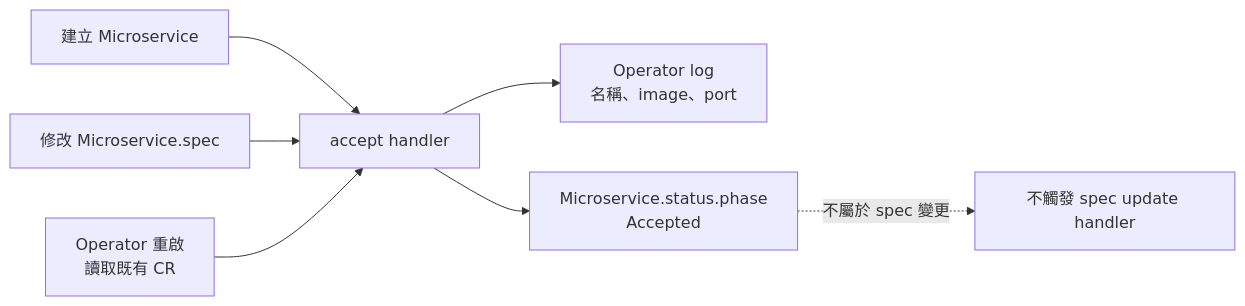
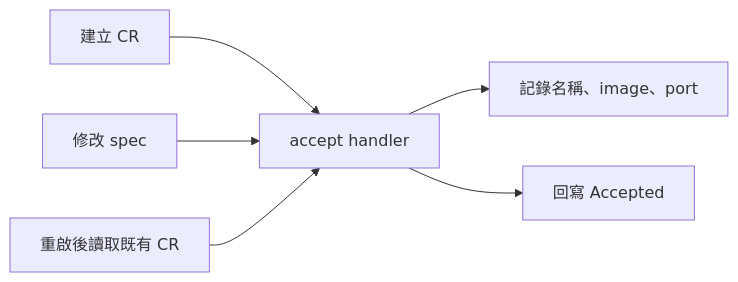
One commit to yrw9281/IT30.Platform.Engineering changed the diagram in doc/zh-tw/D20.md. Above: the diagram before and after it, drawn with Mermaid. The commit also changed other lines of this file and 11 other files, not shown here.

````diff
--- a/doc/zh-tw/D20.md
+++ b/doc/zh-tw/D20.md
@@ -312,9 +109,8 @@
 ```mermaid
 flowchart LR
-    Create["建立 Microservice"] --> Handler["accept handler"]
-    Update["修改 Microservice.spec"] --> Handler
-    Restart["Operator 重啟<br/>讀取既有 CR"] --> Handler
-    Handler --> Log["Operator log<br/>名稱、image、port"]
-    Handler --> Status["Microservice.status.phase<br/>Accepted"]
-    Status -.->|"不屬於 spec 變更"| NoUpdate["不觸發 spec update handler"]
+    Create["建立 CR"] --> Handler["accept handler"]
+    Update["修改 spec"] --> Handler
+    Resume["重啟後讀取既有 CR"] --> Handler
+    Handler --> Log["記錄名稱、image、port"]
+    Handler --> Status["回寫 Accepted"]
 ```
````
